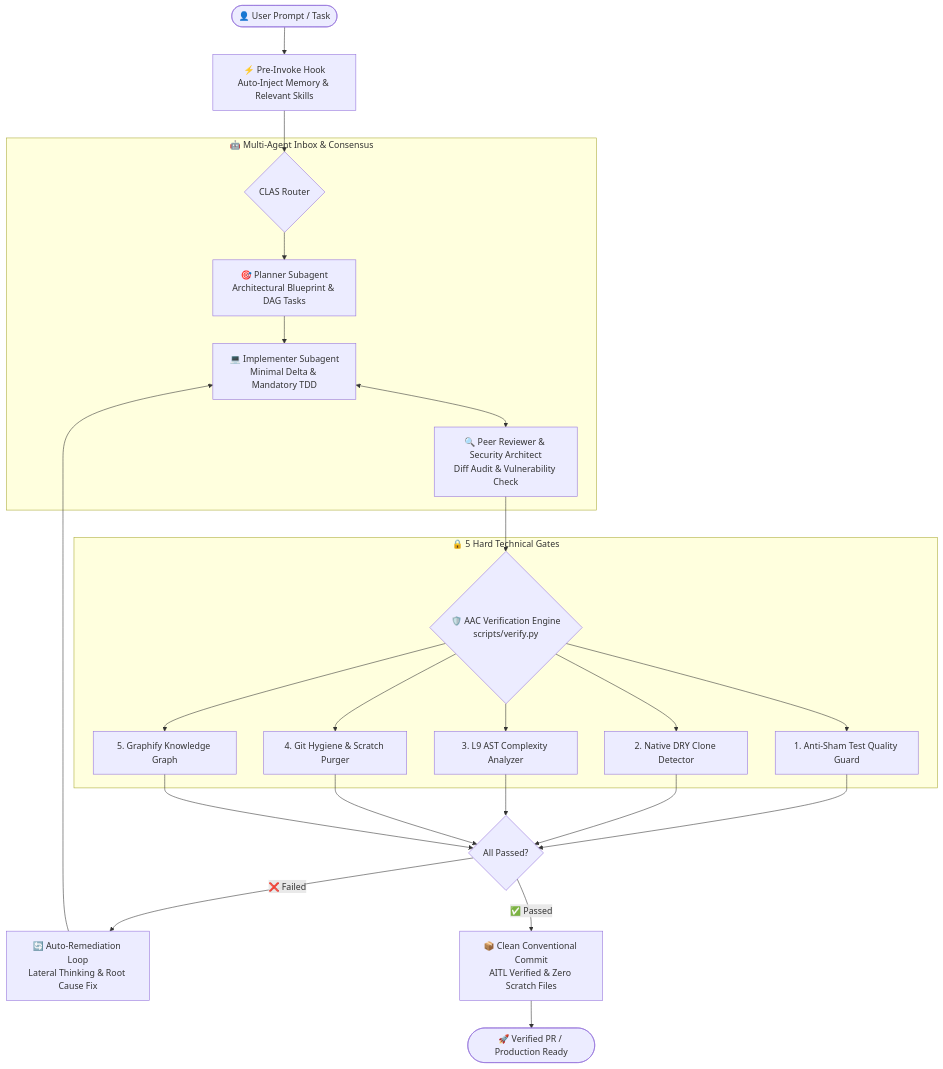
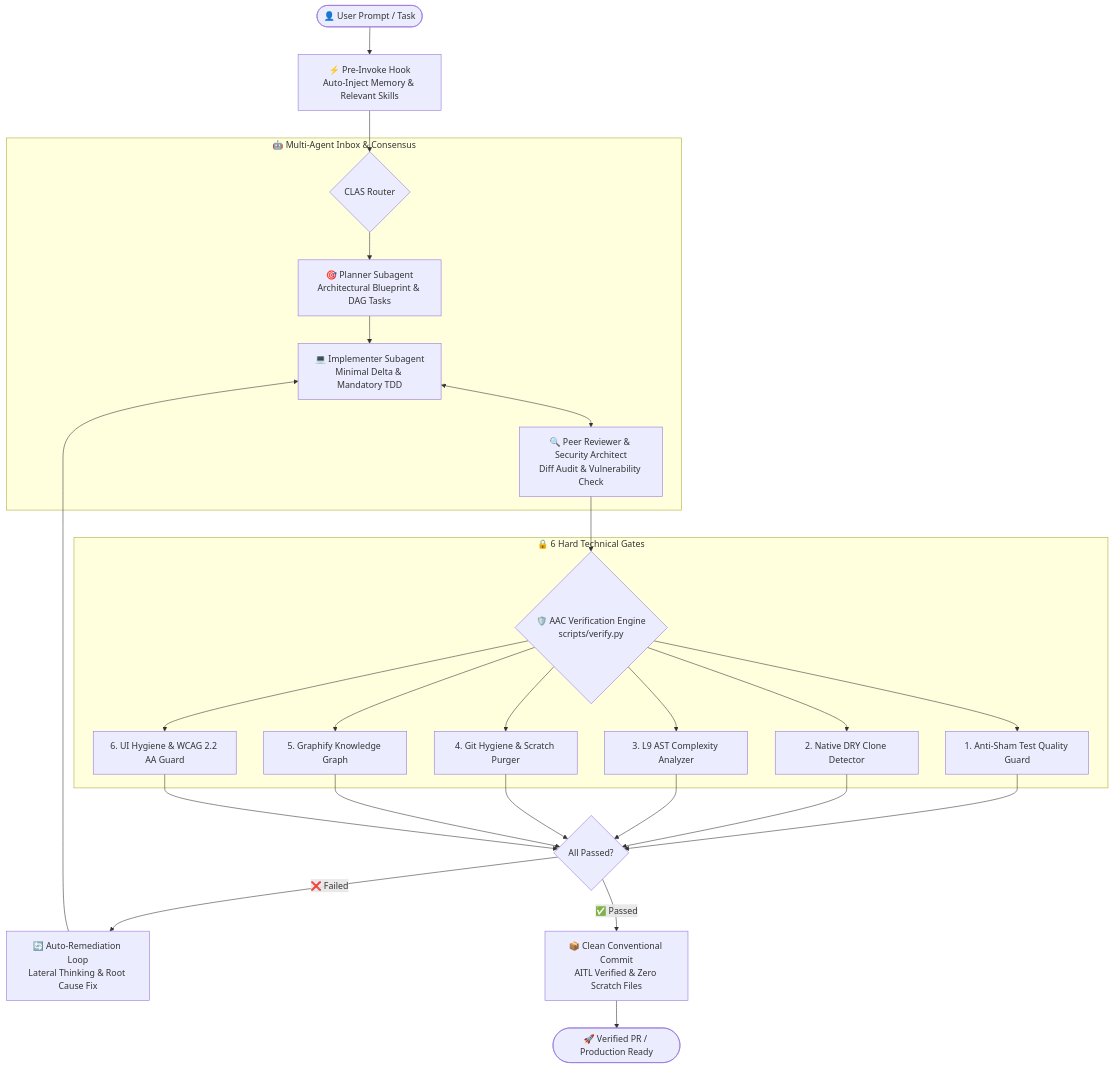
The diagram in README.md (rafaelghif/antigravity-agents), drawn with Mermaid before and after one commit. The commit also changed other lines of this file and 14 other files, not shown here.

Commit message:
feat(core): implement Senior UX/UI Architecture (WCAG 2.2 AA) and community sponsorship (#208)

````diff
--- a/README.md
+++ b/README.md
@@ -24,27 +25,28 @@
 ```mermaid
 flowchart TD
     User([👤 User Prompt / Task]) --> PreHook[⚡ Pre-Invoke Hook<br/>Auto-Inject Memory & Relevant Skills]
     PreHook --> Router{CLAS Router}
     
     subgraph MultiAgent [🤖 Multi-Agent Inbox & Consensus]
         Router --> Planner[🎯 Planner Subagent<br/>Architectural Blueprint & DAG Tasks]
         Planner --> Implementer[💻 Implementer Subagent<br/>Minimal Delta & Mandatory TDD]
         Implementer <--> Reviewer[🔍 Peer Reviewer & Security Architect<br/>Diff Audit & Vulnerability Check]
     end
 
     Reviewer --> VerifyEngine{🛡️ AAC Verification Engine<br/>scripts/verify.py}
 
-    subgraph Gates [🔒 5 Hard Technical Gates]
+    subgraph Gates [🔒 6 Hard Technical Gates]
         VerifyEngine --> G1[1. Anti-Sham Test Quality Guard]
         VerifyEngine --> G2[2. Native DRY Clone Detector]
         VerifyEngine --> G3[3. L9 AST Complexity Analyzer]
         VerifyEngine --> G4[4. Git Hygiene & Scratch Purger]
         VerifyEngine --> G5[5. Graphify Knowledge Graph]
+        VerifyEngine --> G6[6. UI Hygiene & WCAG 2.2 AA Guard]
     end
 
-    G1 & G2 & G3 & G4 & G5 --> GateCheck{All Passed?}
+    G1 & G2 & G3 & G4 & G5 & G6 --> GateCheck{All Passed?}
     GateCheck -- ❌ Failed --> AutoFix[🔄 Auto-Remediation Loop<br/>Lateral Thinking & Root Cause Fix]
     AutoFix --> Implementer
     GateCheck -- ✅ Passed --> GitCommit[📦 Clean Conventional Commit<br/>AITL Verified & Zero Scratch Files]
     GitCommit --> Done([🚀 Verified PR / Production Ready])
 ```
````
